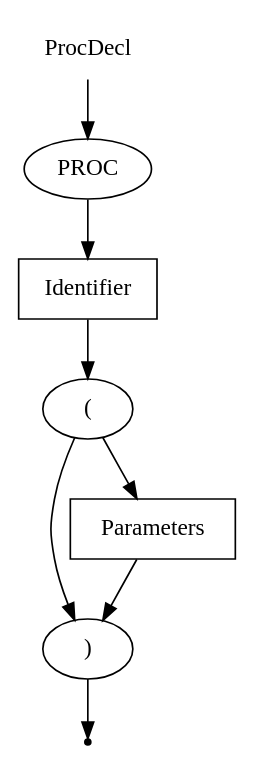
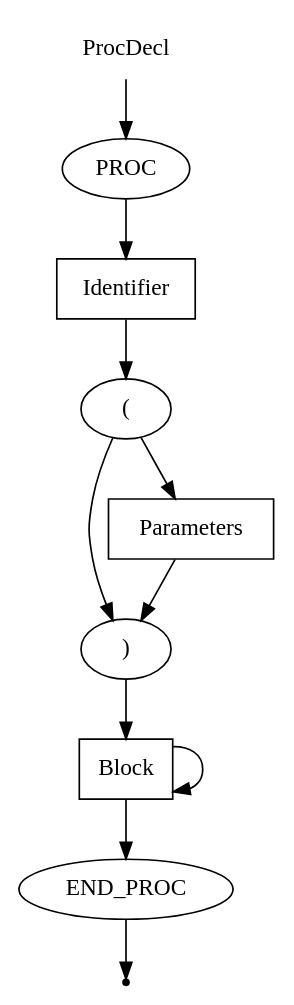
The diagram in DSLTools/examples/RBNFEXPRESSIONSTESTRULES/wirth/ProcDecl.gv (EgorGoluzin/DSL), drawn with Graphviz before and after one commit. The commit also changed 6 other files, not shown here.

```diff
--- a/DSLTools/examples/RBNFEXPRESSIONSTESTRULES/wirth/ProcDecl.gv
+++ b/DSLTools/examples/RBNFEXPRESSIONSTESTRULES/wirth/ProcDecl.gv
@@ -1,16 +1,21 @@
 digraph ProcDecl {
   start [label="ProcDecl" shape=plaintext];
   A [label="PROC" shape=oval];
   B [label="Identifier" shape=box];
   C [label="(" shape=oval];
   D [label=")" shape=oval];
   E [label="Parameters" shape=box];
+  F [label="Block" shape=box];
+  G [label="END_PROC" shape=oval];
   end [label="" shape=point];
   start -> A;
   A -> B;
   B -> C;
   C -> E;
   C -> D;
-  D -> end;
+  D -> F;
   E -> D;
+  F -> F;
+  F -> G;
+  G -> end;
 }
```
